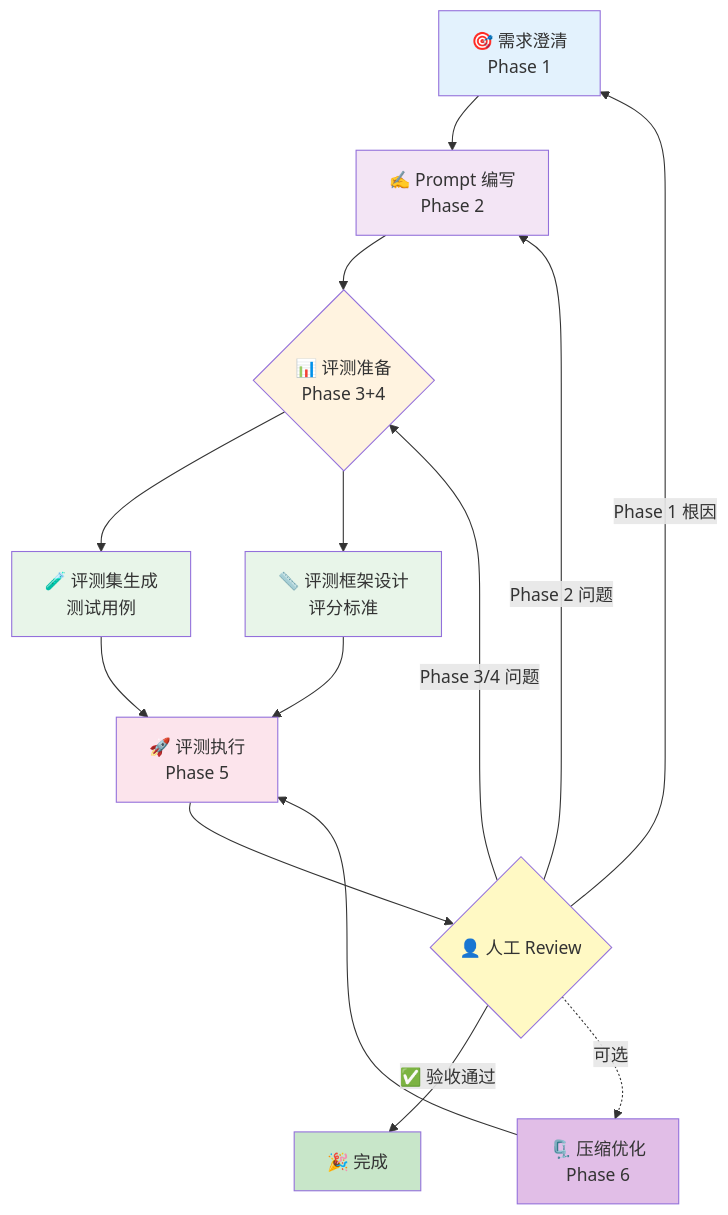
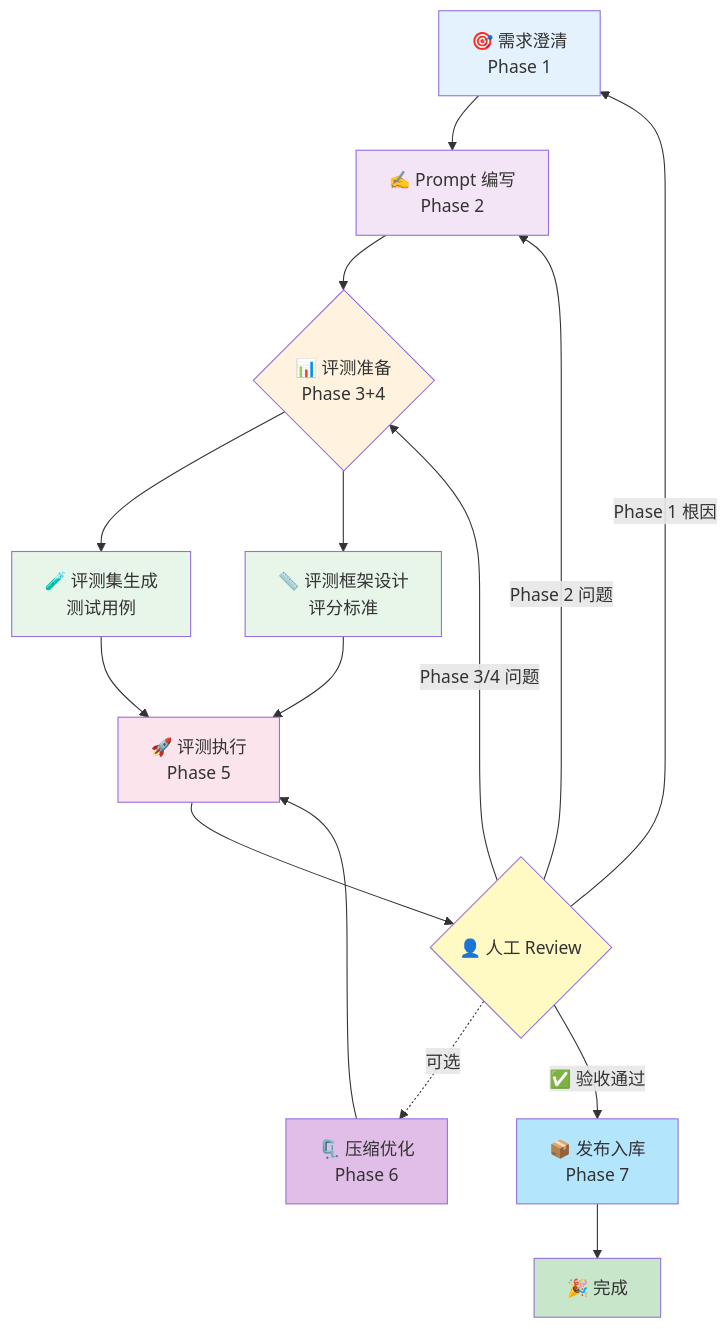
Before and after one commit to PompeiiChan/PromptPilot: the diagram in README_CN.md, drawn with Mermaid. The commit also changed 1 other file, not shown here.

Commit message:
Add Phase 7 Publishing to workflow diagram

````diff
--- a/README_CN.md
+++ b/README_CN.md
@@ -27,26 +27,28 @@
 ```mermaid
 flowchart TD
     A[🎯 需求澄清<br/>Phase 1] --> B[✍️ Prompt 编写<br/>Phase 2]
     B --> C{📊 评测准备<br/>Phase 3+4}
     C --> D[🧪 评测集生成<br/>测试用例]
     C --> E[📏 评测框架设计<br/>评分标准]
     D --> F[🚀 评测执行<br/>Phase 5]
     E --> F
     F --> G{👤 人工 Review}
     G -->|Phase 1 根因| A
     G -->|Phase 3/4 问题| C
     G -->|Phase 2 问题| B
-    G -->|✅ 验收通过| H[🎉 完成]
     G -.->|可选| I[🗜️ 压缩优化<br/>Phase 6]
     I --> F
+    G -->|✅ 验收通过| P[📦 发布入库<br/>Phase 7]
+    P --> H[🎉 完成]
 
     style A fill:#e3f2fd
     style B fill:#f3e5f5
     style C fill:#fff3e0
     style D fill:#e8f5e9
     style E fill:#e8f5e9
     style F fill:#fce4ec
     style G fill:#fff9c4
+    style P fill:#b3e5fc
     style H fill:#c8e6c9
     style I fill:#e1bee7
 ```
````
